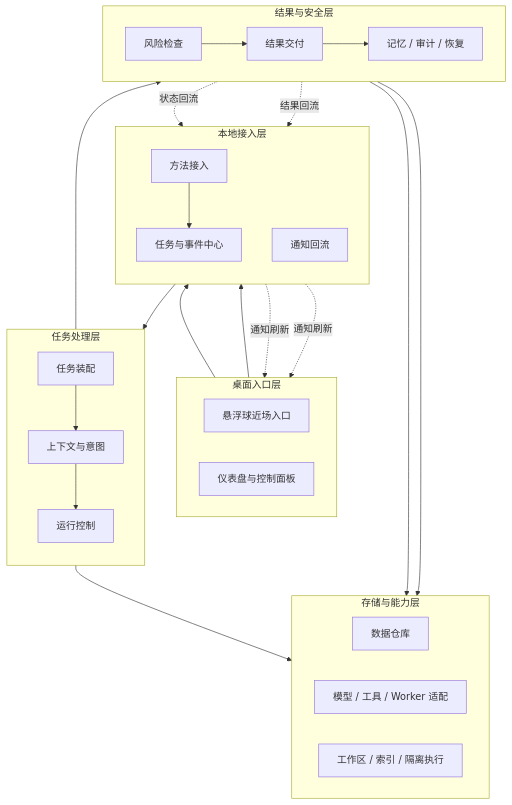
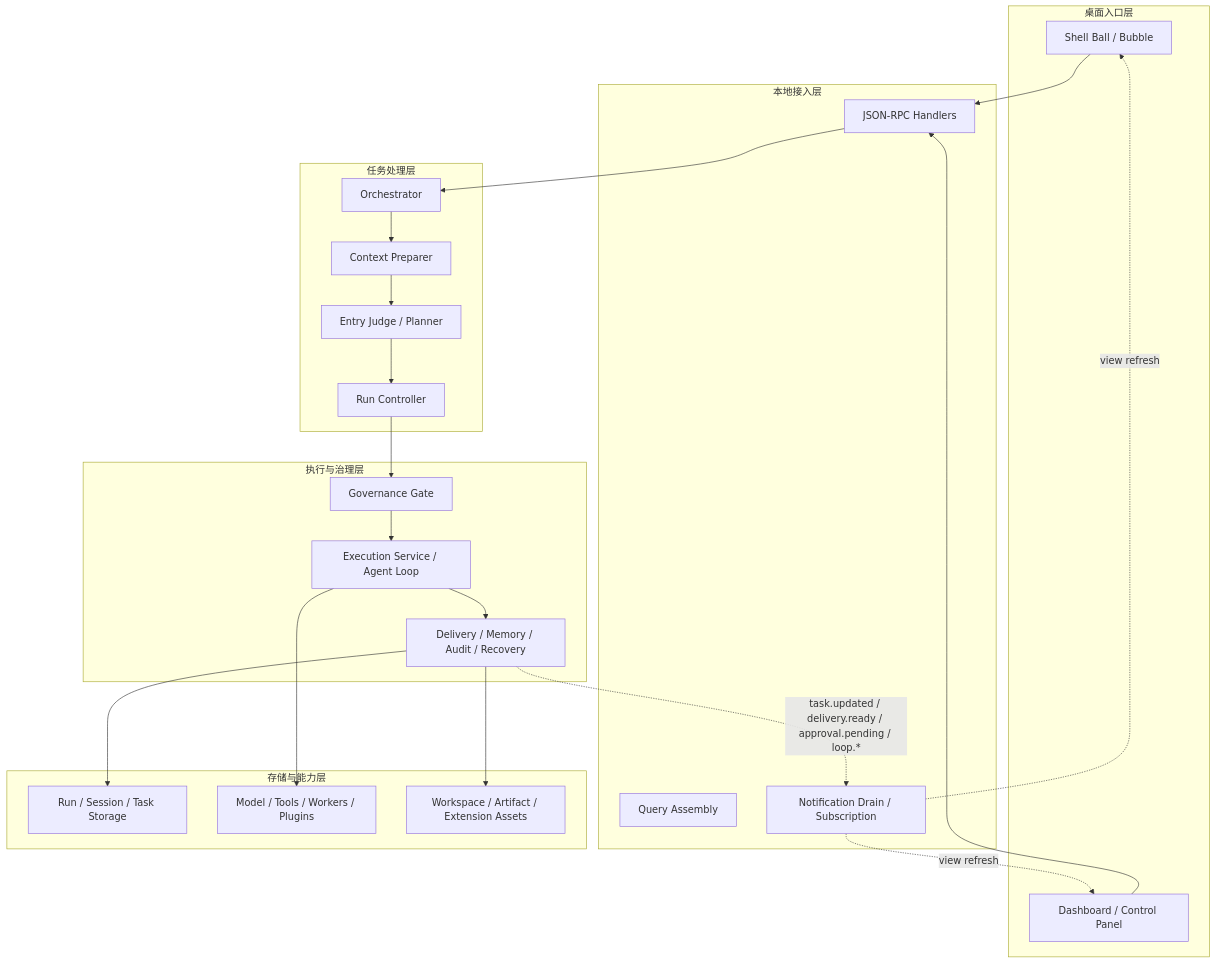
The diagram in docs/architecture-overview.md (gdemonc/CialloClaw), drawn with Mermaid before and after one commit. The commit also changed other lines of this file, not shown here.

Commit message:
docs(architecture): rewrite the runtime pipeline overview

````diff
--- a/docs/architecture-overview.md
+++ b/docs/architecture-overview.md
@@ -22,51 +35,48 @@
 ```mermaid
 flowchart TB
-    subgraph L1[桌面入口层]
-        direction LR
-        E1[悬浮球近场入口]
-        E2[仪表盘与控制面板]
+    subgraph L1["桌面入口层"]
+        E1["Shell Ball / Bubble"]
+        E2["Dashboard / Control Panel"]
     end
 
-    subgraph L2[本地接入层]
-        direction TB
-        A1[方法接入]
-        A2[任务与事件中心]
-        A3[通知回流]
-        A1 --> A2
+    subgraph L2["本地接入层"]
+        A1["JSON-RPC Handlers"]
+        A2["Query Assembly"]
+        A3["Notification Drain / Subscription"]
     end
 
-    subgraph L3[任务处理层]
-        direction TB
-        T1[任务装配]
-        T2[上下文与意图]
-        T3[运行控制]
-        T1 --> T2 --> T3
+    subgraph L3["任务处理层"]
+        T1["Orchestrator"]
+        T2["Context Preparer"]
+        T3["Entry Judge / Planner"]
+        T4["Run Controller"]
     end
 
-    subgraph L4[结果与安全层]
-        direction LR
-        S1[风险检查]
-        S2[结果交付]
-        S3[记忆 / 审计 / 恢复]
-        S1 --> S2 --> S3
+    subgraph L4["执行与治理层"]
+        G1["Governance Gate"]
+        G2["Execution Service / Agent Loop"]
+        G3["Delivery / Memory / Audit / Recovery"]
     end
 
-    subgraph L5[存储与能力层]
-        direction LR
-        D1[数据仓库]
-        D2[模型 / 工具 / Worker 适配]
-        D3[工作区 / 索引 / 隔离执行]
+    subgraph L5["存储与能力层"]
+        D1["Run / Session / Task Storage"]
+        D2["Model / Tools / Workers / Plugins"]
+        D3["Workspace / Artifact / Extension Assets"]
     end
 
     E1 --> A1
     E2 --> A1
-    A2 --> T1
-    T3 --> S1
-    T3 --> D2
-    S2 --> D1
-    S3 --> D3
-    S2 -. 结果回流 .-> A3
-    S3 -. 状态回流 .-> A3
-    A3 -. 通知刷新 .-> E1
-    A3 -. 通知刷新 .-> E2
+    A1 --> T1
+    T1 --> T2
+    T2 --> T3
+    T3 --> T4
+    T4 --> G1
+    G1 --> G2
+    G2 --> G3
+    G3 --> D1
+    G2 --> D2
+    G3 --> D3
+    G3 -. "task.updated / delivery.ready / approval.pending / loop.*" .-> A3
+    A3 -. "view refresh" .-> E1
+    A3 -. "view refresh" .-> E2
 ```
````
